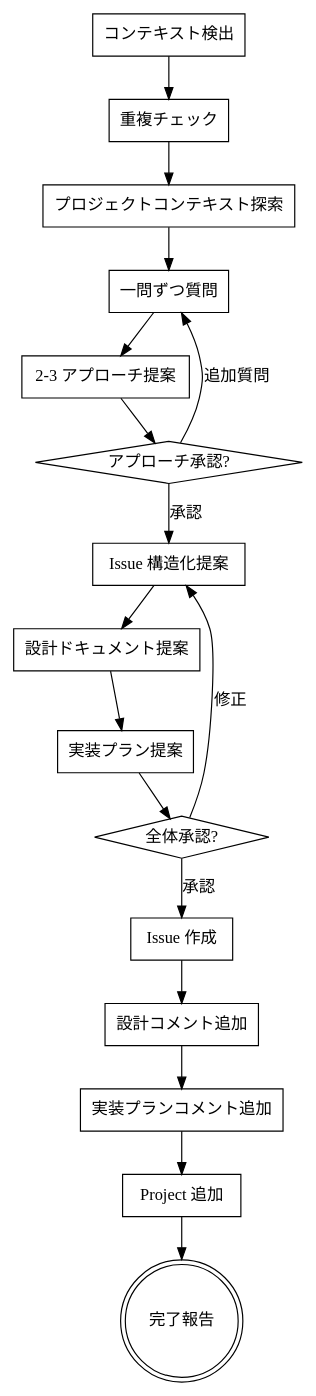
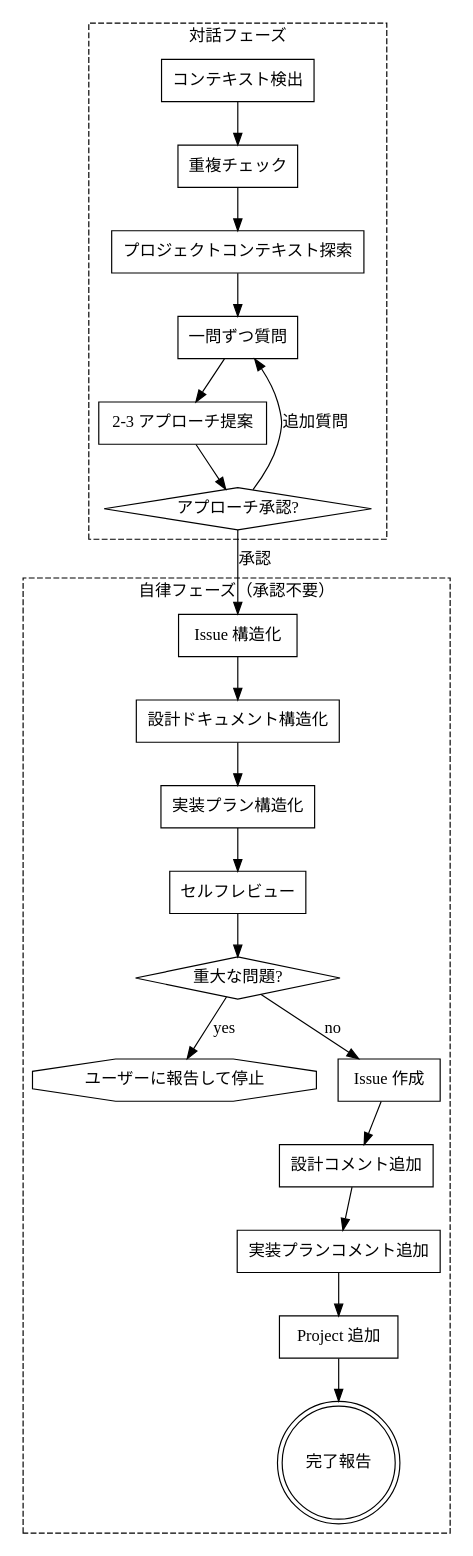
One commit to gotomts/dotfiles changed the diagram in claude/skills/github-plan/SKILL.md. Above: the diagram before and after it, drawn with Graphviz. The commit also changed other lines of this file, not shown here.

Commit message:
improve: github-plan スキルにセルフレビュー付き自律パイプラインを導入
アプローチ承認後のフェーズを自律化し、ユーザー承認なしで
構造化→セルフレビュー→Issue作成まで一気通貫で実行するように変更。

- 対話フェーズ/自律フェーズの明確な分離（フロー図にsubgraph追加）
- セルフレビューステップの新設（整合性チェック＋コードベース検証）
- 重大問題検出時のみユーザーに報告して停止する安全弁
- 完了報告にセルフレビュー結果を含める形式に拡充

````diff
--- a/claude/skills/github-plan/SKILL.md
+++ b/claude/skills/github-plan/SKILL.md
@@ -54,38 +54,50 @@
 ```dot
 digraph github_plan {
     rankdir=TB;
 
-    "コンテキスト検出" [shape=box];
-    "重複チェック" [shape=box];
-    "プロジェクトコンテキスト探索" [shape=box];
-    "一問ずつ質問" [shape=box];
-    "2-3 アプローチ提案" [shape=box];
-    "アプローチ承認?" [shape=diamond];
-    "Issue 構造化提案" [shape=box];
-    "設計ドキュメント提案" [shape=box];
-    "実装プラン提案" [shape=box];
-    "全体承認?" [shape=diamond];
-    "Issue 作成" [shape=box];
-    "設計コメント追加" [shape=box];
-    "実装プランコメント追加" [shape=box];
-    "Project 追加" [shape=box];
-    "完了報告" [shape=doublecircle];
+    subgraph cluster_interactive {
+        label="対話フェーズ";
+        style=dashed;
+        "コンテキスト検出" [shape=box];
+        "重複チェック" [shape=box];
+        "プロジェクトコンテキスト探索" [shape=box];
+        "一問ずつ質問" [shape=box];
+        "2-3 アプローチ提案" [shape=box];
+        "アプローチ承認?" [shape=diamond];
+    }
+
+    subgraph cluster_autonomous {
+        label="自律フェーズ（承認不要）";
+        style=dashed;
+        "Issue 構造化" [shape=box];
+        "設計ドキュメント構造化" [shape=box];
+        "実装プラン構造化" [shape=box];
+        "セルフレビュー" [shape=box];
+        "重大な問題?" [shape=diamond];
+        "ユーザーに報告して停止" [shape=octagon];
+        "Issue 作成" [shape=box];
+        "設計コメント追加" [shape=box];
+        "実装プランコメント追加" [shape=box];
+        "Project 追加" [shape=box];
+        "完了報告" [shape=doublecircle];
+    }
 
     "コンテキスト検出" -> "重複チェック";
     "重複チェック" -> "プロジェクトコンテキスト探索";
     "プロジェクトコンテキスト探索" -> "一問ずつ質問";
     "一問ずつ質問" -> "2-3 アプローチ提案";
     "2-3 アプローチ提案" -> "アプローチ承認?";
     "アプローチ承認?" -> "一問ずつ質問" [label="追加質問"];
-    "アプローチ承認?" -> "Issue 構造化提案" [label="承認"];
-    "Issue 構造化提案" -> "設計ドキュメント提案";
-    "設計ドキュメント提案" -> "実装プラン提案";
-    "実装プラン提案" -> "全体承認?";
-    "全体承認?" -> "Issue 構造化提案" [label="修正"];
-    "全体承認?" -> "Issue 作成" [label="承認"];
+    "アプローチ承認?" -> "Issue 構造化" [label="承認"];
+    "Issue 構造化" -> "設計ドキュメント構造化";
+    "設計ドキュメント構造化" -> "実装プラン構造化";
+    "実装プラン構造化" -> "セルフレビュー";
+    "セルフレビュー" -> "重大な問題?";
+    "重大な問題?" -> "ユーザーに報告して停止" [label="yes"];
+    "重大な問題?" -> "Issue 作成" [label="no"];
     "Issue 作成" -> "設計コメント追加";
     "設計コメント追加" -> "実装プランコメント追加";
     "実装プランコメント追加" -> "Project 追加";
     "Project 追加" -> "完了報告";
 }
 ```
````
